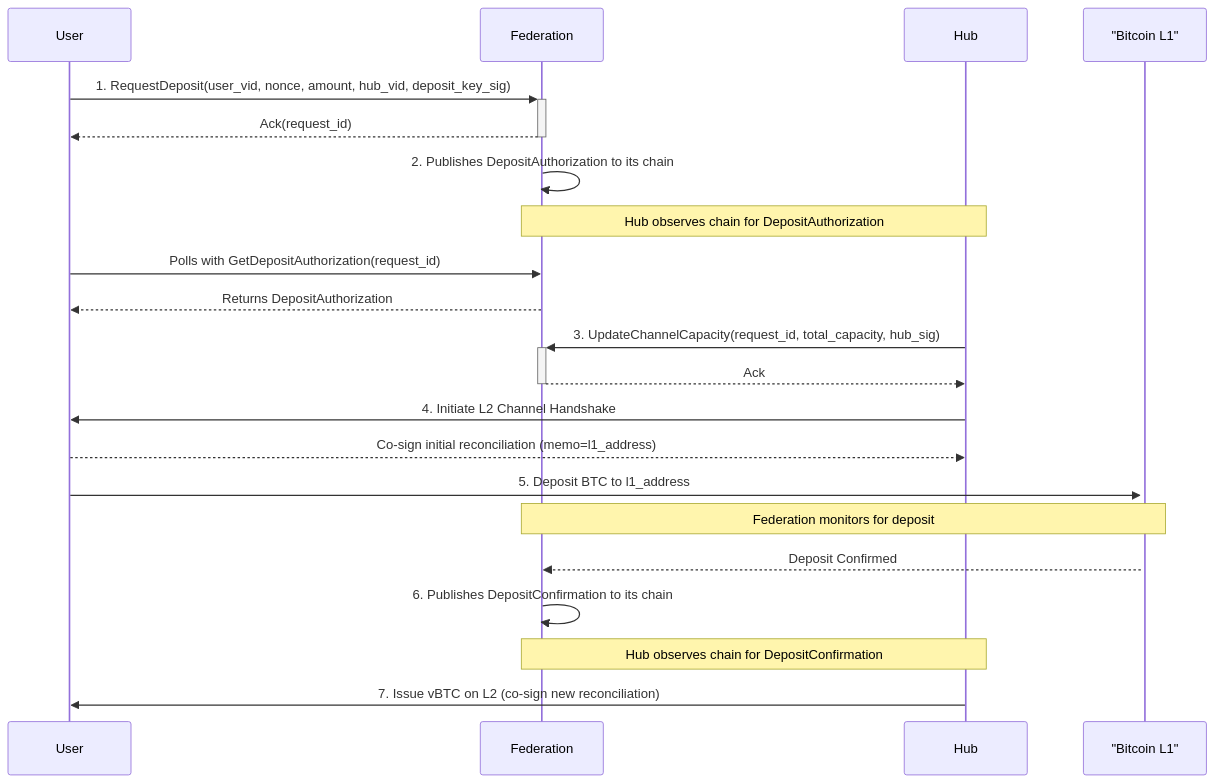
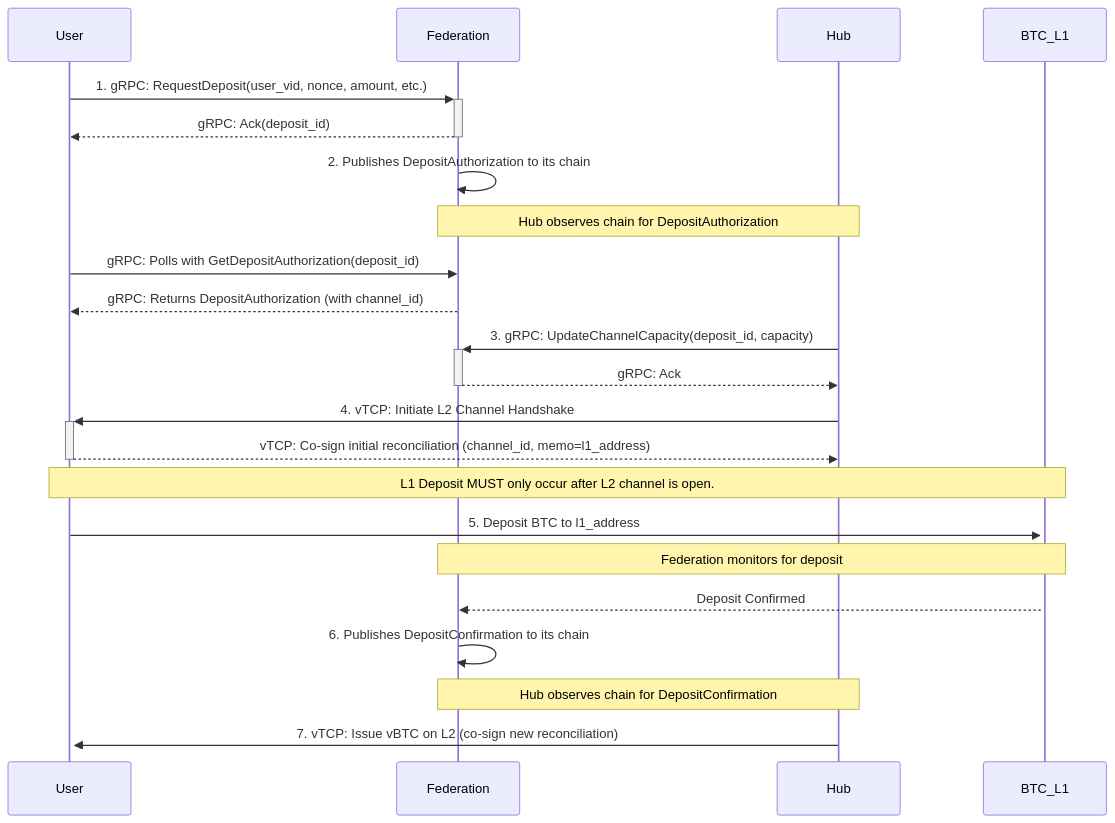
One commit to vTCP-Foundation/workspace changed the diagram in architecture/btc-federation/protocols/BTC <-> vTCP Custody Protocol - deposit.md. Above: the diagram before and after it, drawn with Mermaid. The commit also changed other lines of this file and 2 other files, not shown here.

````diff
--- a/architecture/btc-federation/protocols/BTC <-> vTCP Custody Protocol - deposit.md
+++ b/architecture/btc-federation/protocols/BTC <-> vTCP Custody Protocol - deposit.md
@@ -13,24 +34,25 @@
 ```mermaid
 sequenceDiagram
     participant User
     participant Federation
     participant Hub
-    participant "Bitcoin L1"
+    participant BTC_L1
 
-    User->>+Federation: 1. RequestDeposit(user_vid, nonce, amount, hub_vid, deposit_key_sig)
-    Federation-->>-User: Ack(request_id)
+    User->>+Federation: 1. gRPC: RequestDeposit(user_vid, nonce, amount, etc.)
+    Federation-->>-User: gRPC: Ack(deposit_id)
     Federation->>Federation: 2. Publishes DepositAuthorization to its chain
     note over Hub, Federation: Hub observes chain for DepositAuthorization
-    User->>Federation: Polls with GetDepositAuthorization(request_id)
-    Federation-->>User: Returns DepositAuthorization
-    Hub->>+Federation: 3. UpdateChannelCapacity(request_id, total_capacity, hub_sig)
-    Federation-->>-Hub: Ack
-    Hub->>User: 4. Initiate L2 Channel Handshake
-    User-->>Hub: Co-sign initial reconciliation (memo=l1_address)
-    User->>+"Bitcoin L1": 5. Deposit BTC to l1_address
-    note over Federation, "Bitcoin L1": Federation monitors for deposit
-    "Bitcoin L1"-->>Federation: Deposit Confirmed
+    User->>Federation: gRPC: Polls with GetDepositAuthorization(deposit_id)
+    Federation-->>User: gRPC: Returns DepositAuthorization (with channel_id)
+    Hub->>+Federation: 3. gRPC: UpdateChannelCapacity(deposit_id, capacity)
+    Federation-->>-Hub: gRPC: Ack
+    Hub->>+User: 4. vTCP: Initiate L2 Channel Handshake
+    User-->>-Hub: vTCP: Co-sign initial reconciliation (channel_id, memo=l1_address)
+    note over User, BTC_L1: L1 Deposit MUST only occur after L2 channel is open.
+    User->>+BTC_L1: 5. Deposit BTC to l1_address
+    note over Federation, BTC_L1: Federation monitors for deposit
+    BTC_L1-->>Federation: Deposit Confirmed
     Federation->>Federation: 6. Publishes DepositConfirmation to its chain
     note over Hub, Federation: Hub observes chain for DepositConfirmation
-    Hub->>User: 7. Issue vBTC on L2 (co-sign new reconciliation)
+    Hub->>+User: 7. vTCP: Issue vBTC on L2 (co-sign new reconciliation)
 ```
````
